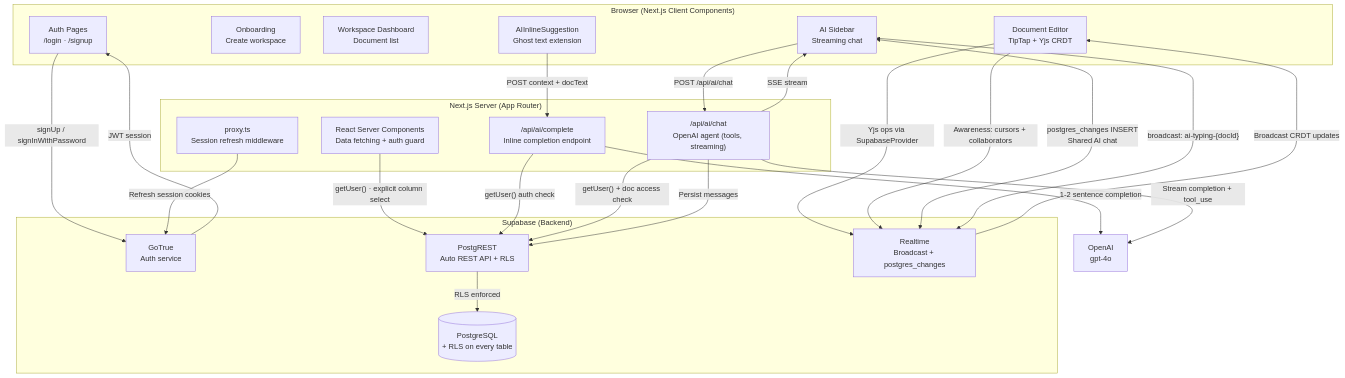
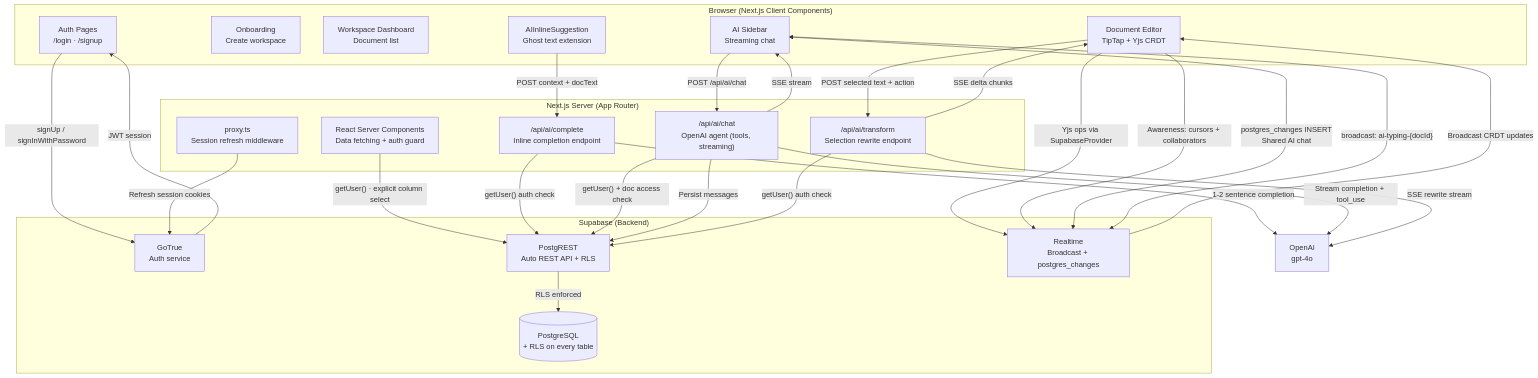
Before and after one commit to CodeKage25/materi-demo: the first of 3 diagrams in README.md, drawn with Mermaid. The commit also changed other lines of this file and 5 other files, not shown here.

````diff
--- a/README.md
+++ b/README.md
@@ -30,51 +34,57 @@
 ```mermaid
 graph TB
     subgraph Client["Browser (Next.js Client Components)"]
         Auth["Auth Pages\n/login · /signup"]
         Onboard["Onboarding\nCreate workspace"]
         Dashboard["Workspace Dashboard\nDocument list"]
         Editor["Document Editor\nTipTap + Yjs CRDT"]
         Inline["AIInlineSuggestion\nGhost text extension"]
         AISidebar["AI Sidebar\nStreaming chat"]
     end
 
     subgraph Server["Next.js Server (App Router)"]
         RSC["React Server Components\nData fetching + auth guard"]
         AIChat["/api/ai/chat\nOpenAI agent (tools, streaming)"]
         AIComplete["/api/ai/complete\nInline completion endpoint"]
+        AITransform["/api/ai/transform\nSelection rewrite endpoint"]
         Proxy["proxy.ts\nSession refresh middleware"]
     end
 
     subgraph Supabase["Supabase (Backend)"]
         SupaAuth["GoTrue\nAuth service"]
         PostgREST["PostgREST\nAuto REST API + RLS"]
         Realtime["Realtime\nBroadcast + postgres_changes"]
         DB[("PostgreSQL\n+ RLS on every table")]
     end
 
     OpenAI["OpenAI\ngpt-4o"]
 
     Auth -->|"signUp / signInWithPassword"| SupaAuth
     SupaAuth -->|"JWT session"| Auth
 
     RSC -->|"getUser() · explicit column select"| PostgREST
     PostgREST -->|"RLS enforced"| DB
     Proxy -->|"Refresh session cookies"| SupaAuth
 
     Editor -->|"Yjs ops via SupabaseProvider"| Realtime
     Realtime -->|"Broadcast CRDT updates"| Editor
     Editor -->|"Awareness: cursors + collaborators"| Realtime
 
     Inline -->|"POST context + docText"| AIComplete
     AIComplete -->|"getUser() auth check"| PostgREST
     AIComplete -->|"1-2 sentence completion"| OpenAI
 
     AISidebar -->|"POST /api/ai/chat"| AIChat
     AIChat -->|"getUser() + doc access check"| PostgREST
     AIChat -->|"Stream completion + tool_use"| OpenAI
     AIChat -->|"Persist messages"| PostgREST
     AIChat -->|"SSE stream"| AISidebar
 
     AISidebar <-->|"postgres_changes INSERT\nShared AI chat"| Realtime
     AISidebar <-->|"broadcast: ai-typing-{docId}"| Realtime
+
+    Editor -->|"POST selected text + action"| AITransform
+    AITransform -->|"getUser() auth check"| PostgREST
+    AITransform -->|"SSE rewrite stream"| OpenAI
+    AITransform -->|"SSE delta chunks"| Editor
 ```
````
